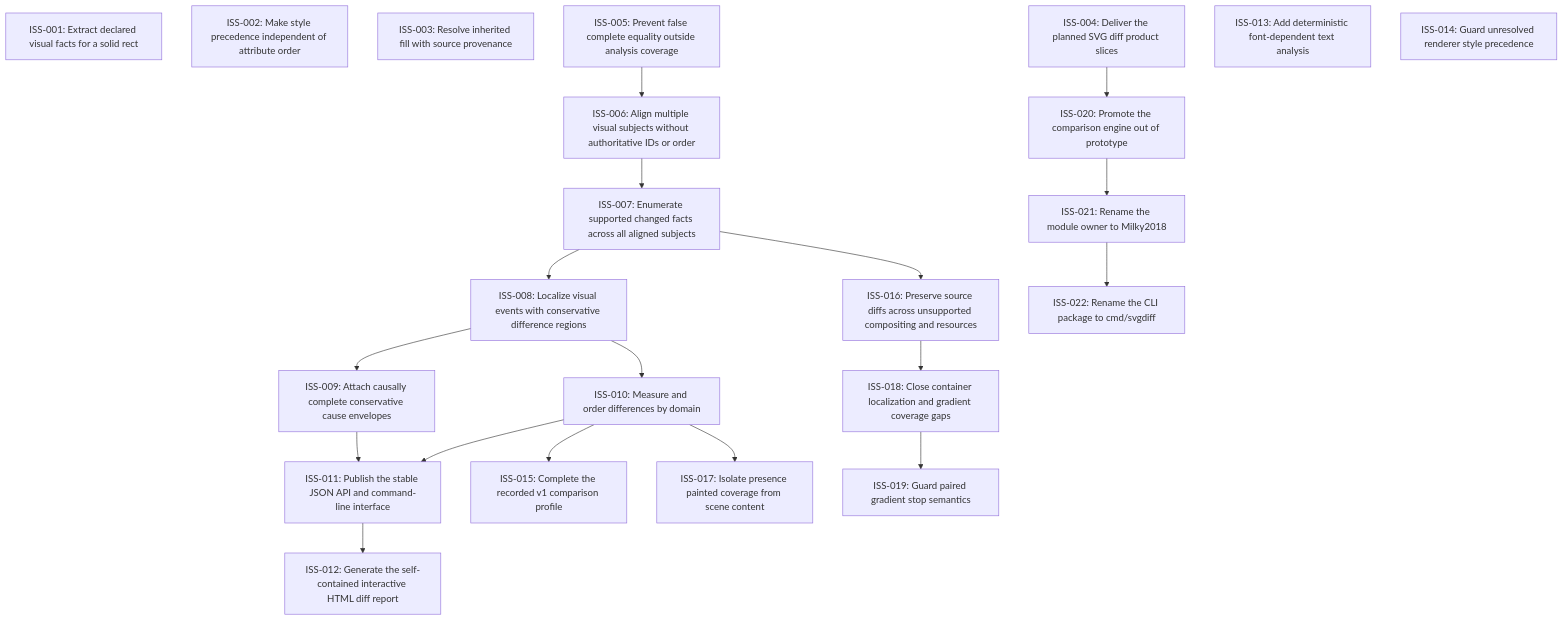
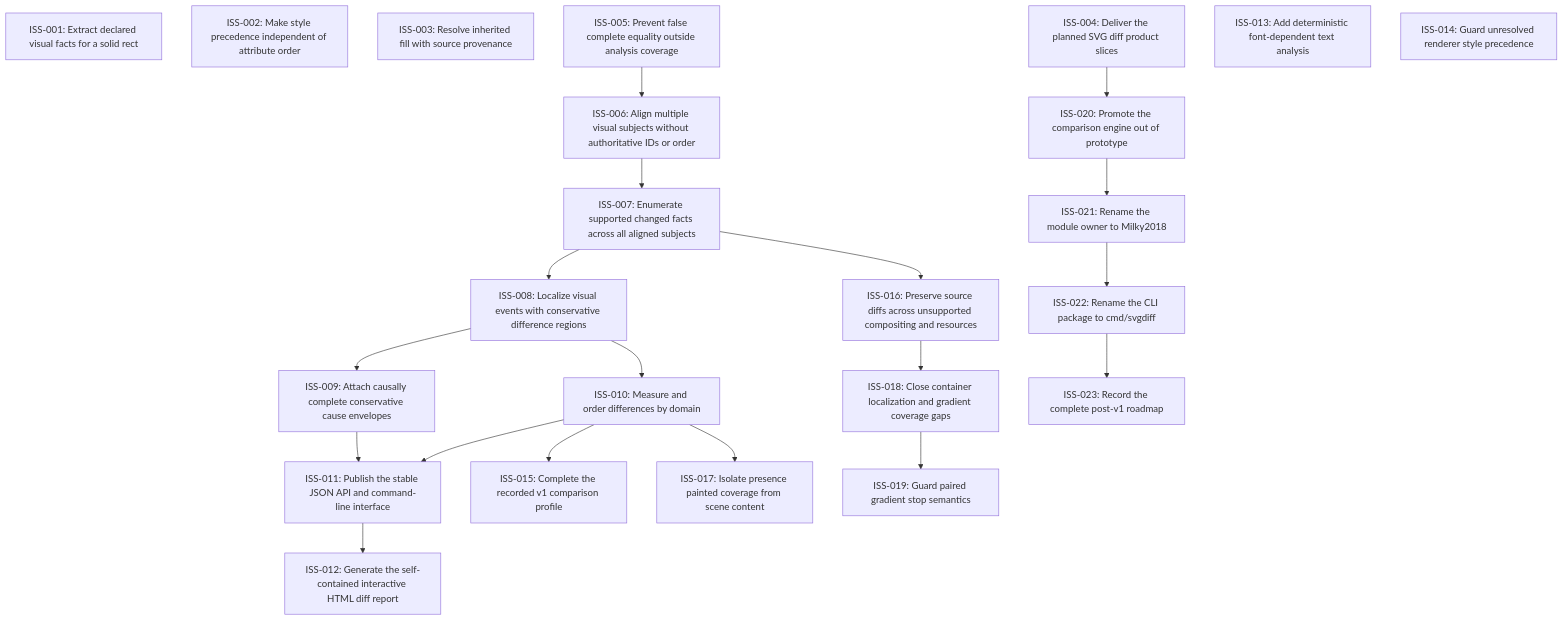
Before and after one commit to moonbit-community/svgdiff: the diagram in issues/README.md, drawn with Mermaid. The commit also changed 2 other files, not shown here.

Commit message:
Record post-v1 SVG diff roadmap

````diff
--- a/issues/README.md
+++ b/issues/README.md
@@ -18,41 +18,43 @@
 ```mermaid
 graph TD
   ISS_001["ISS-001: Extract declared visual facts for a solid rect"]
   ISS_002["ISS-002: Make style precedence independent of attribute order"]
   ISS_003["ISS-003: Resolve inherited fill with source provenance"]
   ISS_004["ISS-004: Deliver the planned SVG diff product slices"]
   ISS_005["ISS-005: Prevent false complete equality outside analysis coverage"]
   ISS_006["ISS-006: Align multiple visual subjects without authoritative IDs or order"]
   ISS_007["ISS-007: Enumerate supported changed facts across all aligned subjects"]
   ISS_008["ISS-008: Localize visual events with conservative difference regions"]
   ISS_009["ISS-009: Attach causally complete conservative cause envelopes"]
   ISS_010["ISS-010: Measure and order differences by domain"]
   ISS_011["ISS-011: Publish the stable JSON API and command-line interface"]
   ISS_012["ISS-012: Generate the self-contained interactive HTML diff report"]
   ISS_013["ISS-013: Add deterministic font-dependent text analysis"]
   ISS_014["ISS-014: Guard unresolved renderer style precedence"]
   ISS_015["ISS-015: Complete the recorded v1 comparison profile"]
   ISS_016["ISS-016: Preserve source diffs across unsupported compositing and resources"]
   ISS_017["ISS-017: Isolate presence painted coverage from scene content"]
   ISS_018["ISS-018: Close container localization and gradient coverage gaps"]
   ISS_019["ISS-019: Guard paired gradient stop semantics"]
   ISS_020["ISS-020: Promote the comparison engine out of prototype"]
   ISS_021["ISS-021: Rename the module owner to Milky2018"]
   ISS_022["ISS-022: Rename the CLI package to cmd/svgdiff"]
+  ISS_023["ISS-023: Record the complete post-v1 roadmap"]
   ISS_005 --> ISS_006
   ISS_006 --> ISS_007
   ISS_007 --> ISS_008
   ISS_008 --> ISS_009
   ISS_008 --> ISS_010
   ISS_009 --> ISS_011
   ISS_010 --> ISS_011
   ISS_011 --> ISS_012
   ISS_010 --> ISS_015
   ISS_007 --> ISS_016
   ISS_010 --> ISS_017
   ISS_016 --> ISS_018
   ISS_018 --> ISS_019
   ISS_004 --> ISS_020
   ISS_020 --> ISS_021
   ISS_021 --> ISS_022
+  ISS_022 --> ISS_023
 ```
````
